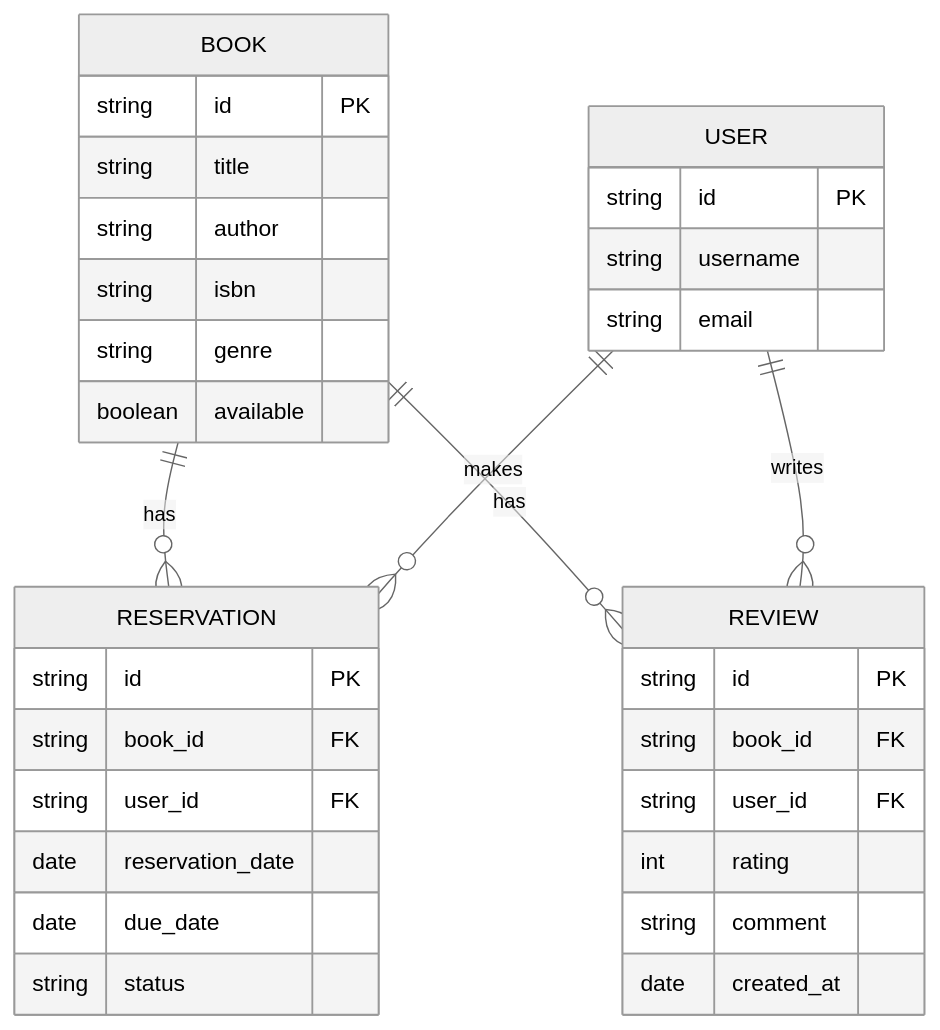
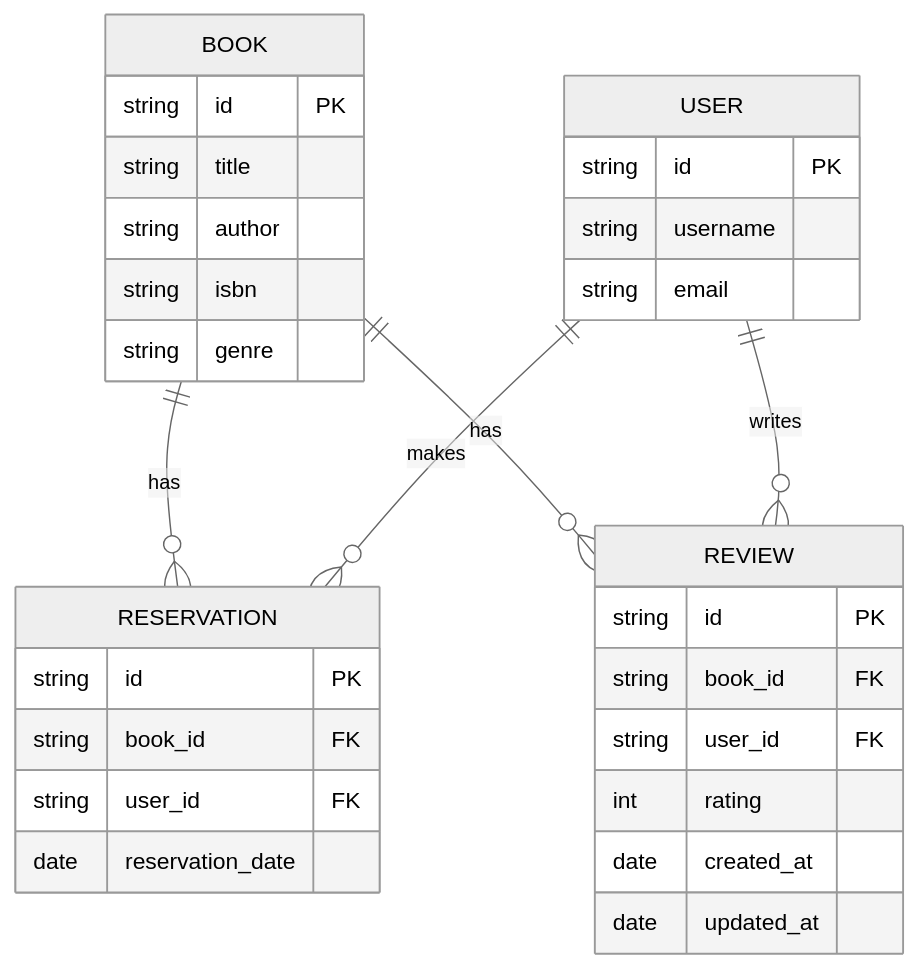
One commit to 0bvim/ximple-online-library-system changed the third of 3 diagrams in README.md. Above: the diagram before and after it, drawn with Mermaid (neutral theme). The commit also changed other lines of this file, not shown here.

Commit message:
docs: update README with architecture overview and infrastructure details

````diff
--- a/README.md
+++ b/README.md
@@ -37,36 +57,33 @@
 ```mermaid
 erDiagram
     BOOK ||--o{ RESERVATION : "has"
     BOOK ||--o{ REVIEW : "has"
     USER ||--o{ RESERVATION : "makes"
     USER ||--o{ REVIEW : "writes"
     BOOK {
         string id PK
         string title
         string author
         string isbn
         string genre
-        boolean available
     }
     USER {
         string id PK
         string username
         string email
     }
     RESERVATION {
         string id PK
         string book_id FK
         string user_id FK
         date reservation_date
-        date due_date
-        string status
     }
     REVIEW {
         string id PK
         string book_id FK
         string user_id FK
         int rating
-        string comment
         date created_at
+        date updated_at
     }
 ```
````
